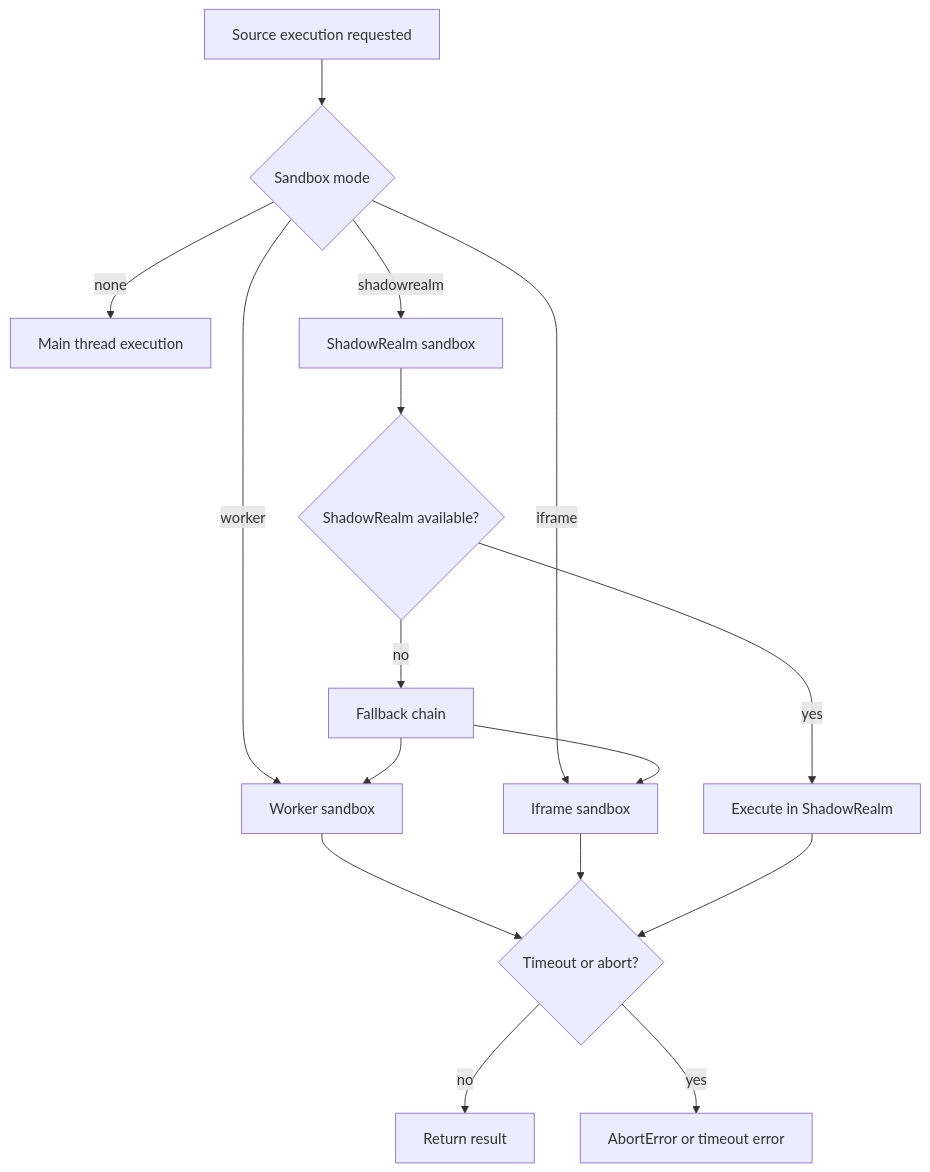
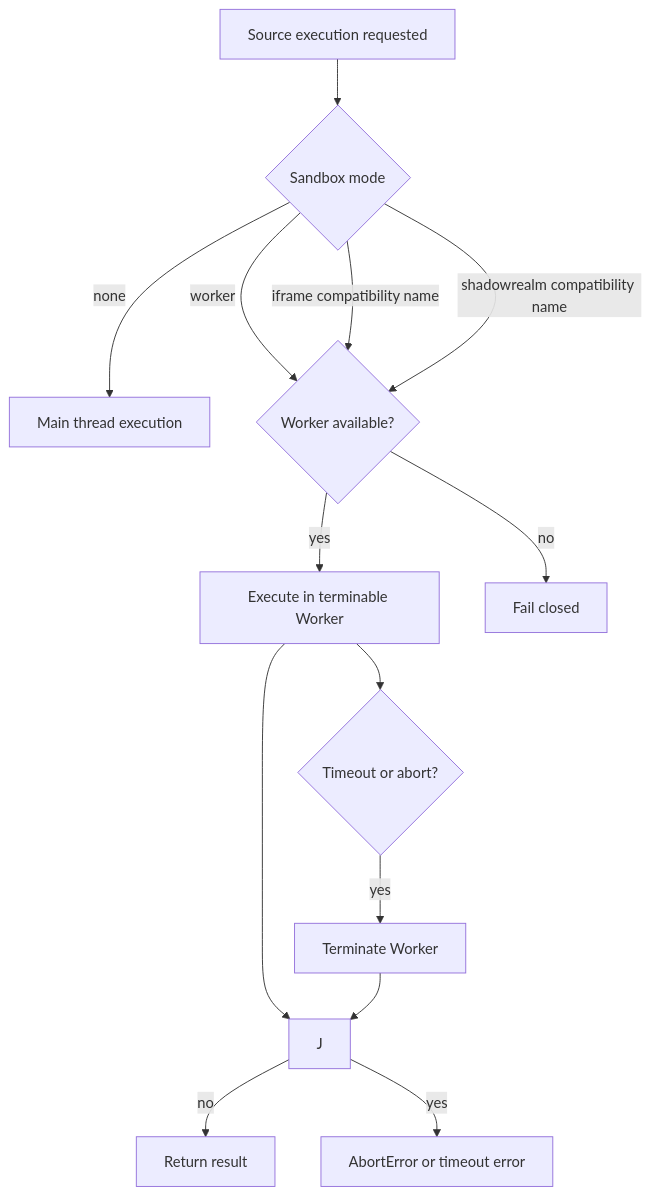
The fourth of 5 diagrams in docs/architecture-visual.md (webllm/renderify), drawn with Mermaid before and after one commit. The commit also changed 12 other files, not shown here.

````diff
--- a/docs/architecture-visual.md
+++ b/docs/architecture-visual.md
@@ -63,22 +63,19 @@
 ```mermaid
 flowchart TD
   A[Source execution requested] --> B{Sandbox mode}
 
   B -->|none| C[Main thread execution]
-  B -->|worker| D[Worker sandbox]
-  B -->|iframe| E[Iframe sandbox]
-  B -->|shadowrealm| F[ShadowRealm sandbox]
+  B -->|worker| D{Worker available?}
+  B -->|iframe compatibility name| D
+  B -->|shadowrealm compatibility name| D
 
-  F --> G{ShadowRealm available?}
-  G -->|yes| H[Execute in ShadowRealm]
-  G -->|no| I[Fallback chain]
-  I --> D
-  I --> E
-
-  D --> J{Timeout or abort?}
+  D -->|yes| E[Execute in terminable Worker]
+  D -->|no| F[Fail closed]
+  E --> G{Timeout or abort?}
+  G -->|yes| H[Terminate Worker]
   E --> J
   H --> J
 
   J -->|no| K[Return result]
   J -->|yes| L[AbortError or timeout error]
 ```
````
